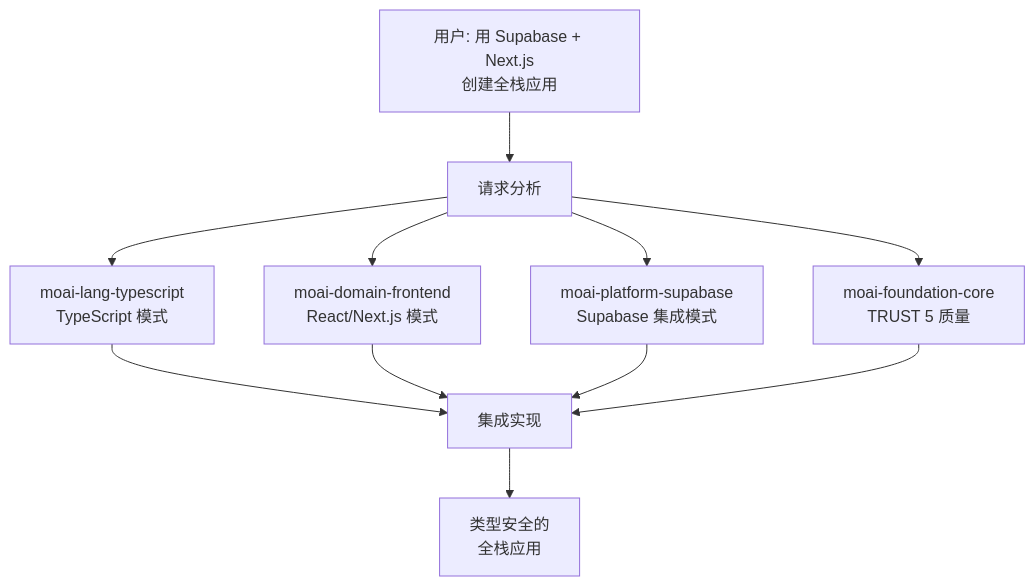
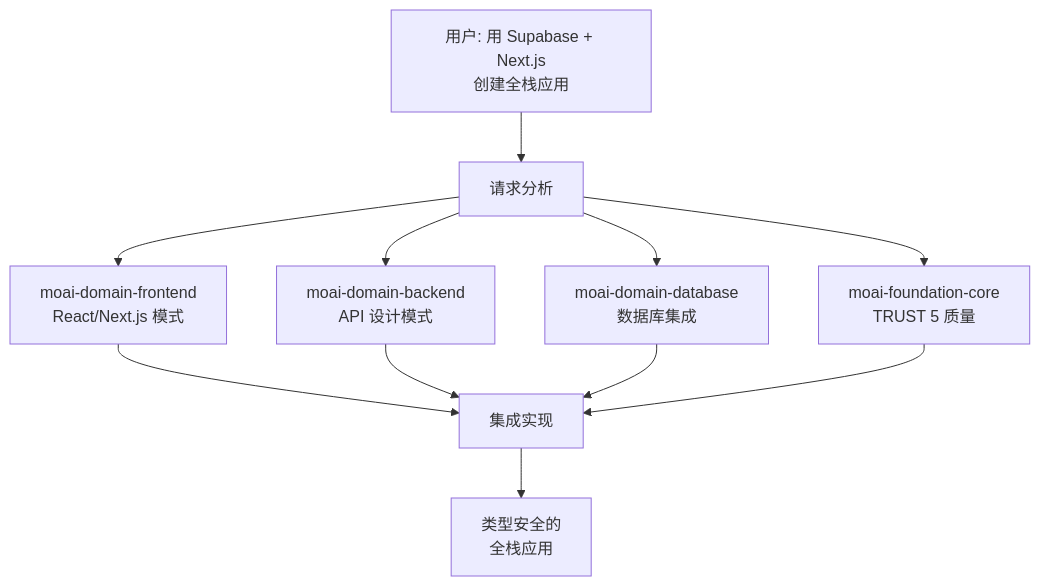
One commit to modu-ai/moai-adk changed the fourth of 4 diagrams in docs-site/content/zh/advanced/skill-guide.md. Above: the diagram before and after it, drawn with Mermaid. The commit also changed other lines of this file and 19 other files, not shown here.

````diff
--- a/docs-site/content/zh/advanced/skill-guide.md
+++ b/docs-site/content/zh/advanced/skill-guide.md
@@ -321,16 +320,16 @@
 ```mermaid
 flowchart TD
     REQ["用户: 用 Supabase + Next.js<br>创建全栈应用"] --> ANALYZE[请求分析]
 
-    ANALYZE --> S1["moai-lang-typescript<br>TypeScript 模式"]
-    ANALYZE --> S2["moai-domain-frontend<br>React/Next.js 模式"]
-    ANALYZE --> S3["moai-platform-supabase<br>Supabase 集成模式"]
+    ANALYZE --> S1["moai-domain-frontend<br>React/Next.js 模式"]
+    ANALYZE --> S2["moai-domain-backend<br>API 设计模式"]
+    ANALYZE --> S3["moai-domain-database<br>数据库集成"]
     ANALYZE --> S4["moai-foundation-core<br>TRUST 5 质量"]
 
     S1 --> IMPL[集成实现]
     S2 --> IMPL
     S3 --> IMPL
     S4 --> IMPL
 
     IMPL --> RESULT["类型安全的<br>全栈应用"]
 ```
````
